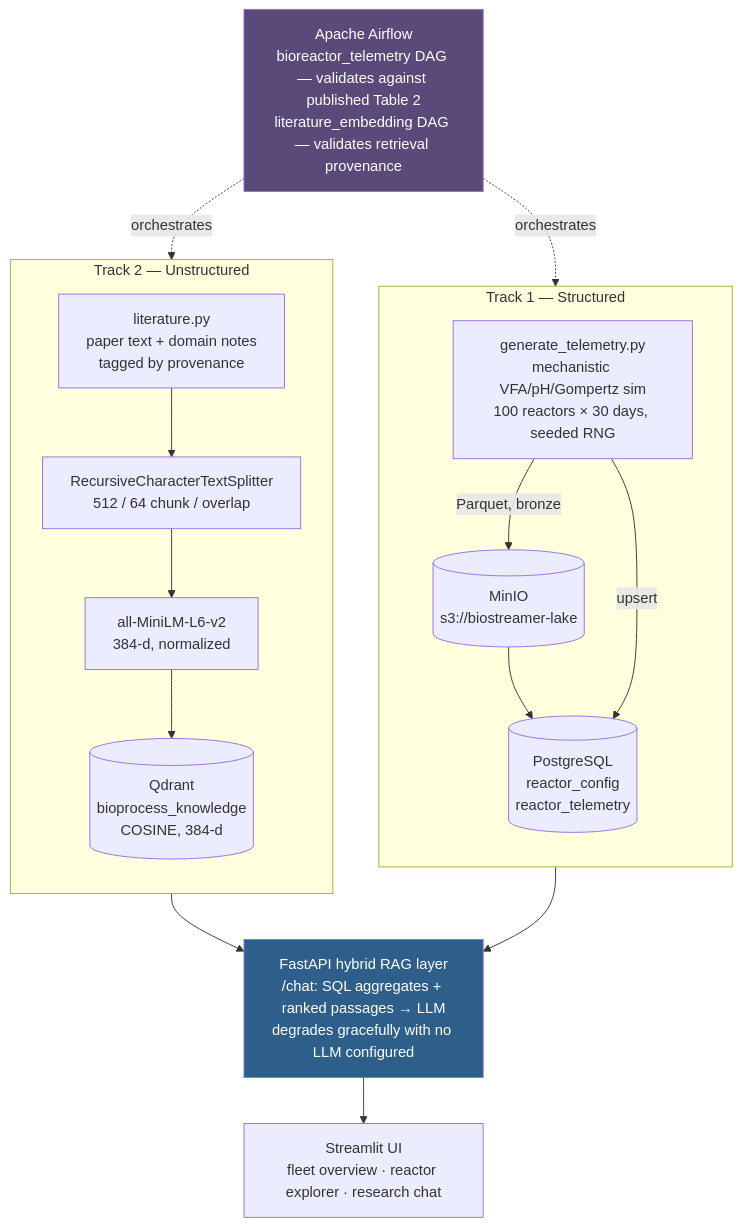
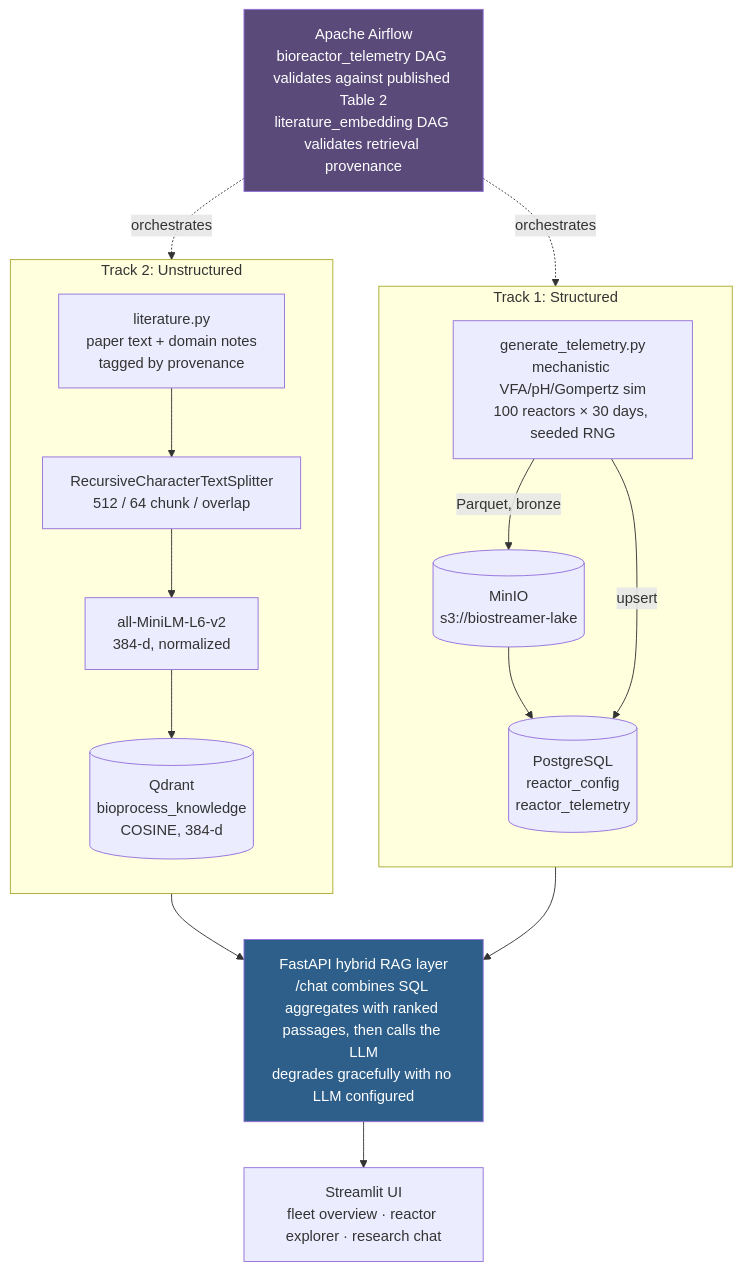
The diagram in README.md (jonascodes15/biostream_digest), drawn with Mermaid before and after one commit. The commit also changed other lines of this file, not shown here.

````diff
--- a/README.md
+++ b/README.md
@@ -50,31 +50,31 @@
 ```mermaid
 flowchart TB
-    subgraph track1["Track 1 — Structured"]
+    subgraph track1["Track 1: Structured"]
         direction TB
         SIM["generate_telemetry.py<br/>mechanistic VFA/pH/Gompertz sim<br/>100 reactors × 30 days, seeded RNG"]
         SIM -->|Parquet, bronze| MINIO[("MinIO<br/>s3://biostreamer-lake")]
         MINIO --> PG[("PostgreSQL<br/>reactor_config<br/>reactor_telemetry")]
         SIM -->|upsert| PG
     end
 
-    subgraph track2["Track 2 — Unstructured"]
+    subgraph track2["Track 2: Unstructured"]
         direction TB
         CORPUS["literature.py<br/>paper text + domain notes<br/>tagged by provenance"]
         CORPUS --> SPLIT["RecursiveCharacterTextSplitter<br/>512 / 64 chunk / overlap"]
         SPLIT --> EMBED["all-MiniLM-L6-v2<br/>384-d, normalized"]
         EMBED --> QDRANT[("Qdrant<br/>bioprocess_knowledge<br/>COSINE, 384-d")]
     end
 
     PG --> API
     QDRANT --> API
 
-    API["FastAPI hybrid RAG layer<br/>/chat: SQL aggregates + ranked passages → LLM<br/>degrades gracefully with no LLM configured"]
+    API["FastAPI hybrid RAG layer<br/>/chat combines SQL aggregates with ranked passages, then calls the LLM<br/>degrades gracefully with no LLM configured"]
     API --> UI["Streamlit UI<br/>fleet overview · reactor explorer · research chat"]
 
-    AF["Apache Airflow<br/>bioreactor_telemetry DAG — validates against published Table 2<br/>literature_embedding DAG — validates retrieval provenance"]
+    AF["Apache Airflow<br/>bioreactor_telemetry DAG validates against published Table 2<br/>literature_embedding DAG validates retrieval provenance"]
     AF -.orchestrates.-> SIM
     AF -.orchestrates.-> CORPUS
 
     style API fill:#2d5f8a,color:#fff
     style AF fill:#5a4a7a,color:#fff
 ```
````
